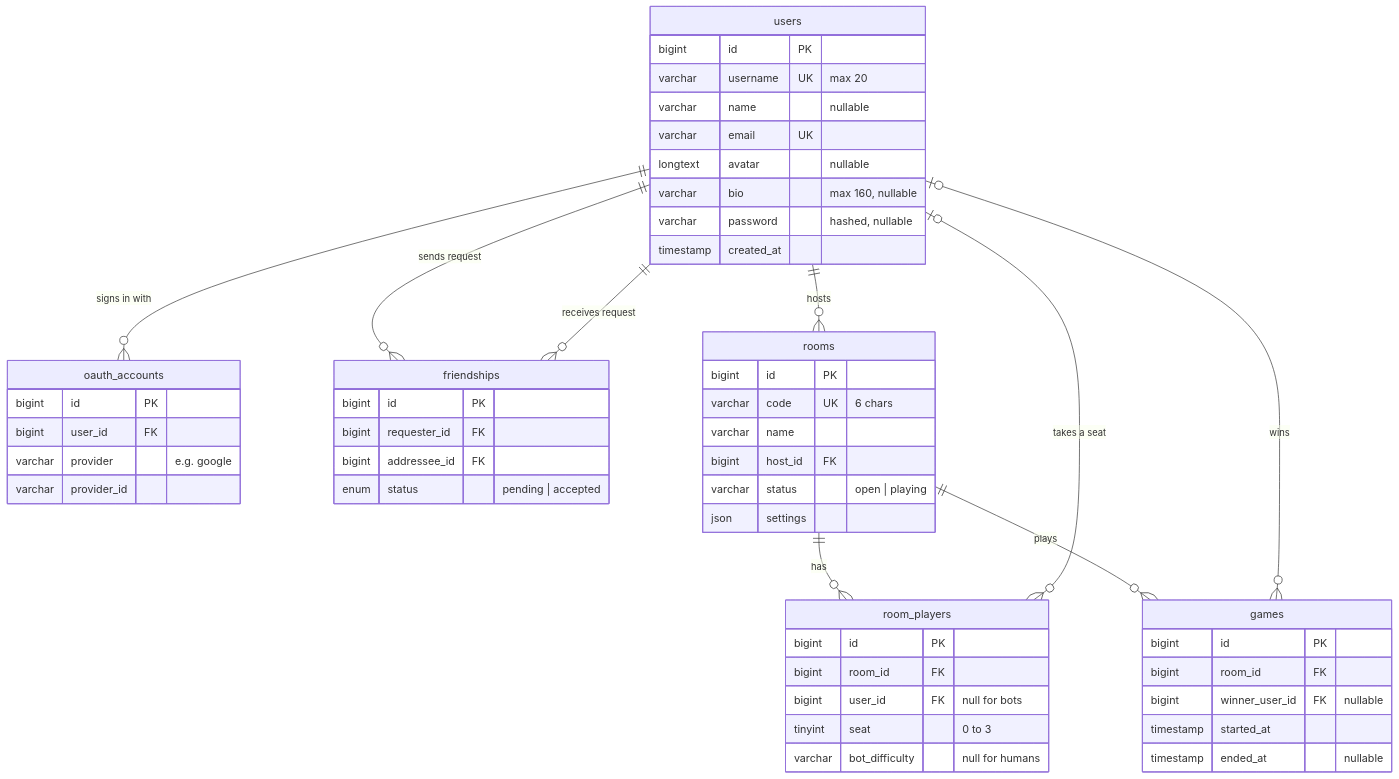
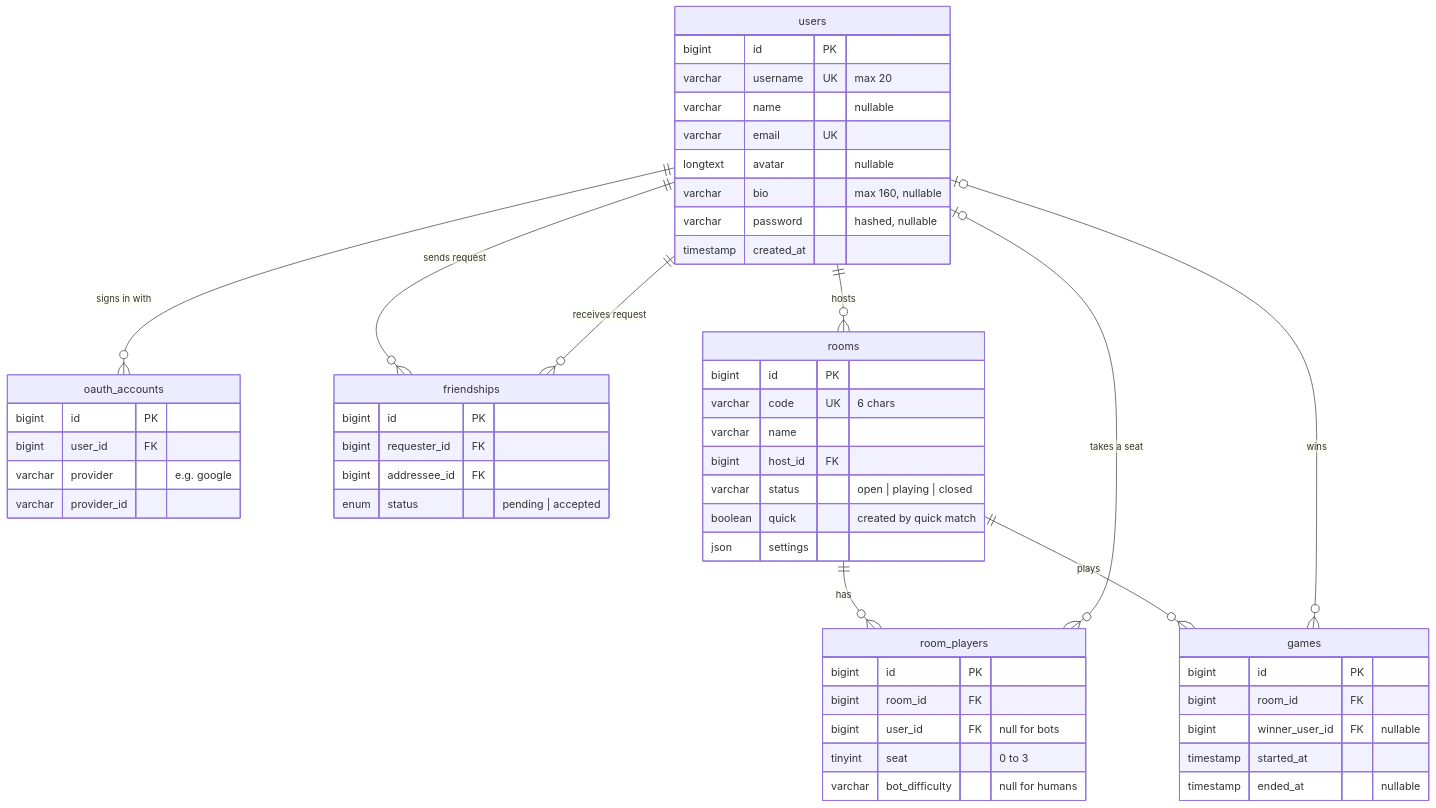
One commit to yasin080/transcendence changed the diagram in README.md. Above: the diagram before and after it, drawn with Mermaid. The commit also changed other lines of this file and 1 other file, not shown here.

Commit message:
fix: update README for database schema and user model

````diff
--- a/README.md
+++ b/README.md
@@ -298,56 +298,57 @@
 ```mermaid
 erDiagram
     users ||--o{ oauth_accounts : "signs in with"
     users ||--o{ friendships : "sends request"
     users ||--o{ friendships : "receives request"
     users ||--o{ rooms : hosts
     rooms ||--o{ room_players : has
     users |o--o{ room_players : "takes a seat"
     rooms ||--o{ games : plays
     users |o--o{ games : wins
 
     users {
         bigint id PK
         varchar username UK "max 20"
         varchar name "nullable"
         varchar email UK
         longtext avatar "nullable"
         varchar bio "max 160, nullable"
         varchar password "hashed, nullable"
         timestamp created_at
     }
     oauth_accounts {
         bigint id PK
         bigint user_id FK
         varchar provider "e.g. google"
         varchar provider_id
     }
     friendships {
         bigint id PK
         bigint requester_id FK
         bigint addressee_id FK
         enum status "pending | accepted"
     }
     rooms {
         bigint id PK
         varchar code UK "6 chars"
         varchar name
         bigint host_id FK
-        varchar status "open | playing"
+        varchar status "open | playing | closed"
+        boolean quick "created by quick match"
         json settings
     }
     room_players {
         bigint id PK
         bigint room_id FK
         bigint user_id FK "null for bots"
         tinyint seat "0 to 3"
         varchar bot_difficulty "null for humans"
     }
     games {
         bigint id PK
         bigint room_id FK
         bigint winner_user_id FK "nullable"
         timestamp started_at
         timestamp ended_at "nullable"
     }
 ```
````
